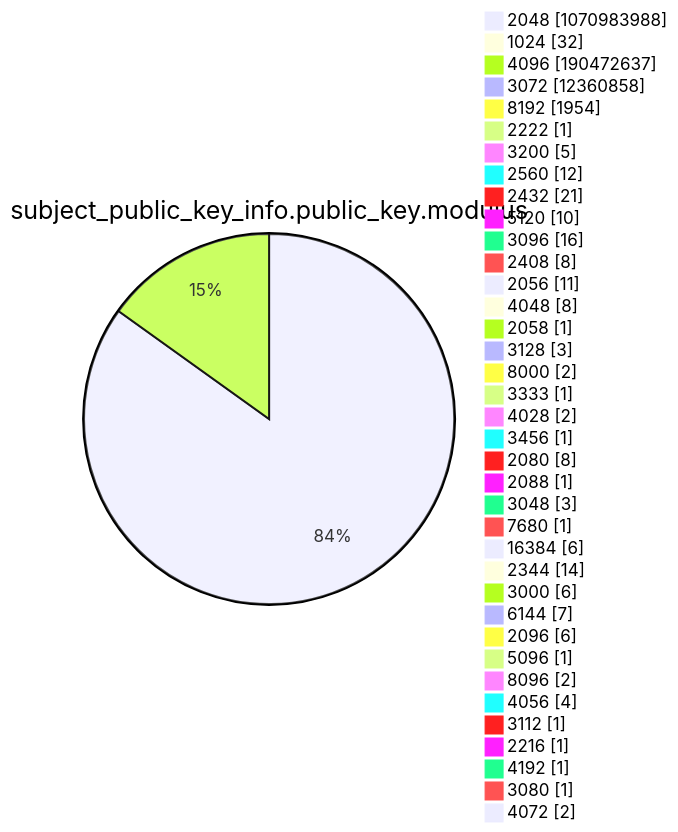
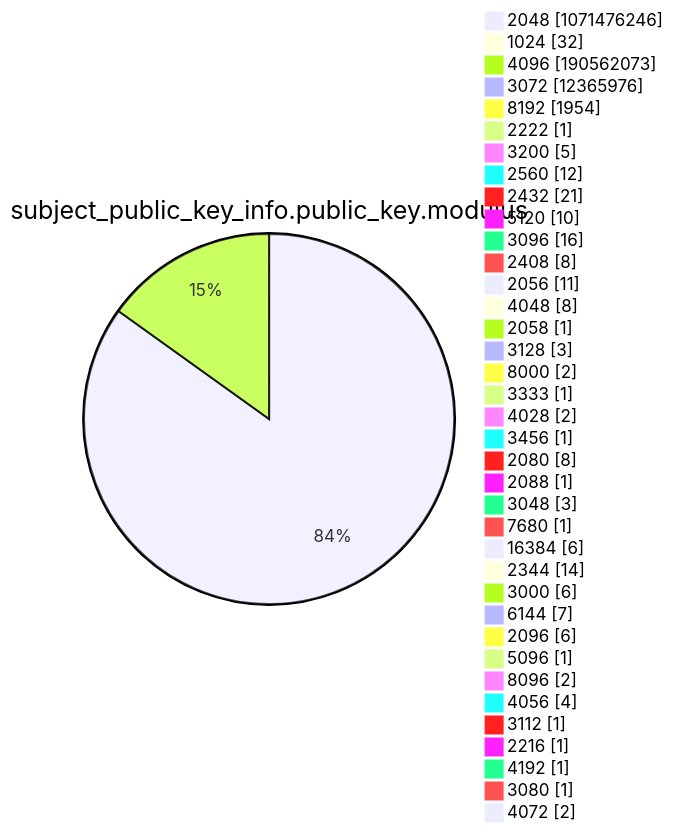
Diagram 13 of 15 in argon2022/README.md (christiankrug/ctmonitor_visualization), drawn with Mermaid before and after one commit. The commit also changed other lines of this file, not shown here.

````diff
--- a/argon2022/README.md
+++ b/argon2022/README.md
@@ -3589,41 +3589,41 @@
 ```mermaid
 pie showData
 title subject_public_key_info.public_key.modulus
-"2048" :1070983988
+"2048" :1071476246
 "1024" :32
-"4096" :190472637
-"3072" :12360858
+"4096" :190562073
+"3072" :12365976
 "8192" :1954
 "2222" :1
 "3200" :5
 "2560" :12
 "2432" :21
 "5120" :10
 "3096" :16
 "2408" :8
 "2056" :11
 "4048" :8
 "2058" :1
 "3128" :3
 "8000" :2
 "3333" :1
 "4028" :2
 "3456" :1
 "2080" :8
 "2088" :1
 "3048" :3
 "7680" :1
 "16384" :6
 "2344" :14
 "3000" :6
 "6144" :7
 "2096" :6
 "5096" :1
 "8096" :2
 "4056" :4
 "3112" :1
 "2216" :1
 "4192" :1
 "3080" :1
 "4072" :2
 ```
````
